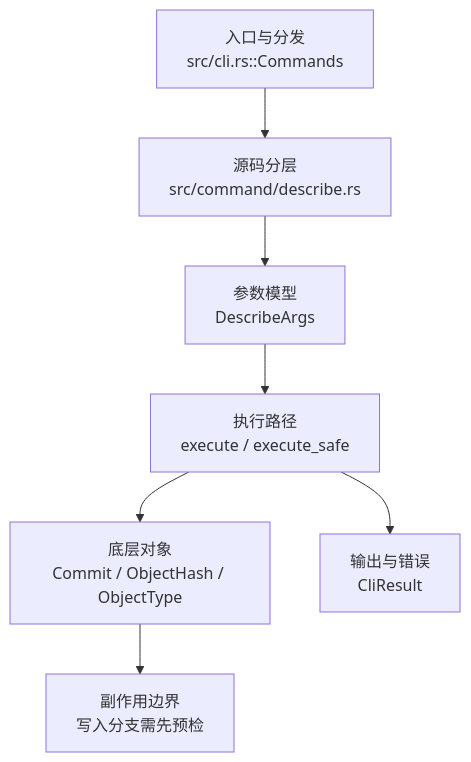
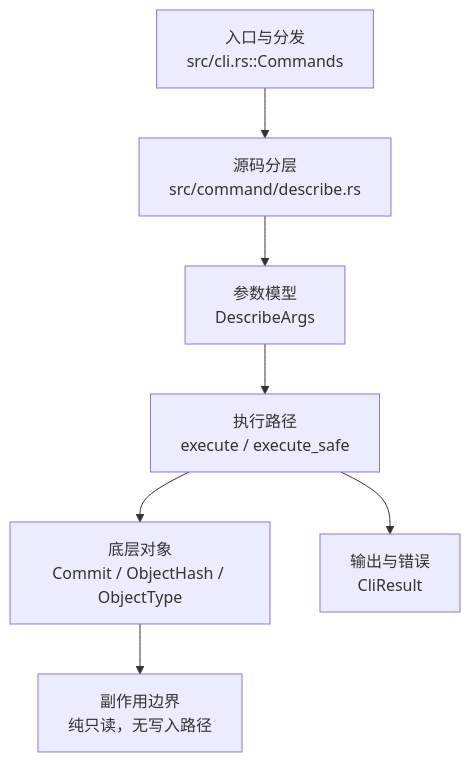
One commit to web3infra-foundation/libra changed the diagram in docs/development/commands/describe.md. Above: the diagram before and after it, drawn with Mermaid. The commit also changed other lines of this file and 65 other files, not shown here.

````diff
--- a/docs/development/commands/describe.md
+++ b/docs/development/commands/describe.md
@@ -22,9 +22,9 @@
 ```mermaid
 flowchart TD
     A["入口与分发<br/>src/cli.rs::Commands"] --> B["源码分层<br/>src/command/describe.rs"]
     B --> C["参数模型<br/>DescribeArgs"]
     C --> D["执行路径<br/>execute / execute_safe"]
     D --> E["底层对象<br/>Commit / ObjectHash / ObjectType"]
     D --> F["输出与错误<br/>CliResult"]
-    E --> G["副作用边界<br/>写入分支需先预检"]
+    E --> G["副作用边界<br/>纯只读，无写入路径"]
 ```
````
